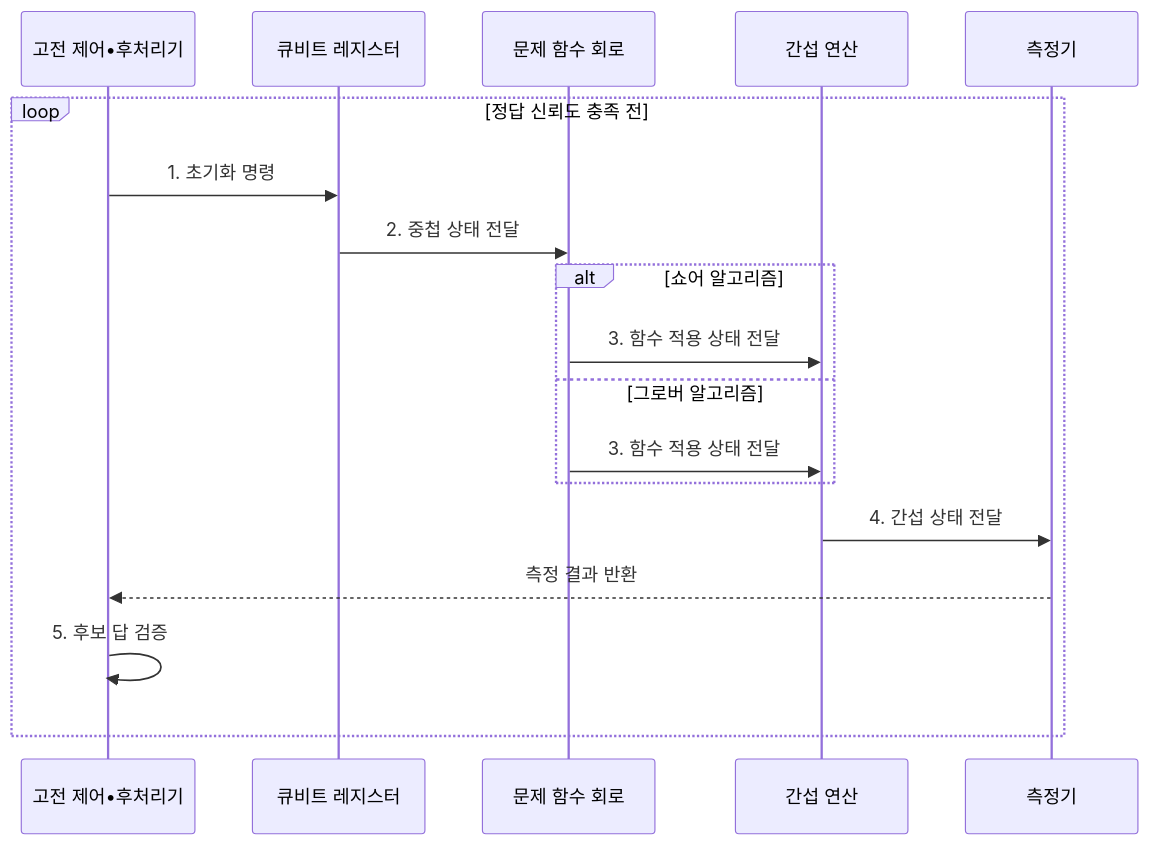
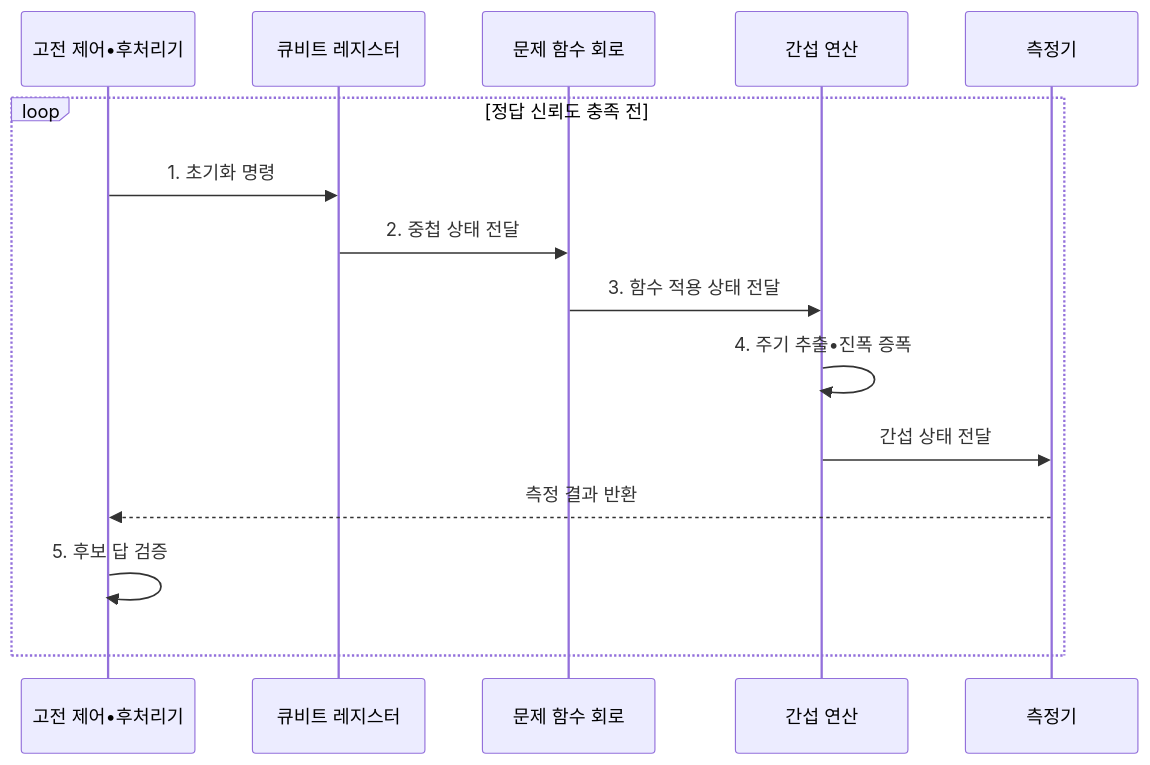
Before and after one commit to agnusdei1207/knowledge-base: the second of 2 diagrams in src/content/docs/notes/01-basic-theory/062_quantum_algo_shor_grover.md, drawn with Mermaid. The commit also changed other lines of this file and 1 other file, not shown here.

Commit message:
01-basic-theory 061-062

````diff
--- a/src/content/docs/notes/01-basic-theory/062_quantum_algo_shor_grover.md
+++ b/src/content/docs/notes/01-basic-theory/062_quantum_algo_shor_grover.md
@@ -117,20 +117,17 @@
 ```mermaid
 sequenceDiagram
     participant C as 고전 제어•후처리기
     participant R as 큐비트 레지스터
     participant F as 문제 함수 회로
     participant I as 간섭 연산
     participant M as 측정기
     loop 정답 신뢰도 충족 전
         C->>R: 1. 초기화 명령
         R->>F: 2. 중첩 상태 전달
-        alt 쇼어 알고리즘
-            F->>I: 3. 함수 적용 상태 전달
-        else 그로버 알고리즘
-            F->>I: 3. 함수 적용 상태 전달
-        end
-        I->>M: 4. 간섭 상태 전달
+        F->>I: 3. 함수 적용 상태 전달
+        I->>I: 4. 주기 추출•진폭 증폭
+        I->>M: 간섭 상태 전달
         M-->>C: 측정 결과 반환
         C->>C: 5. 후보 답 검증
     end
 ```
````
